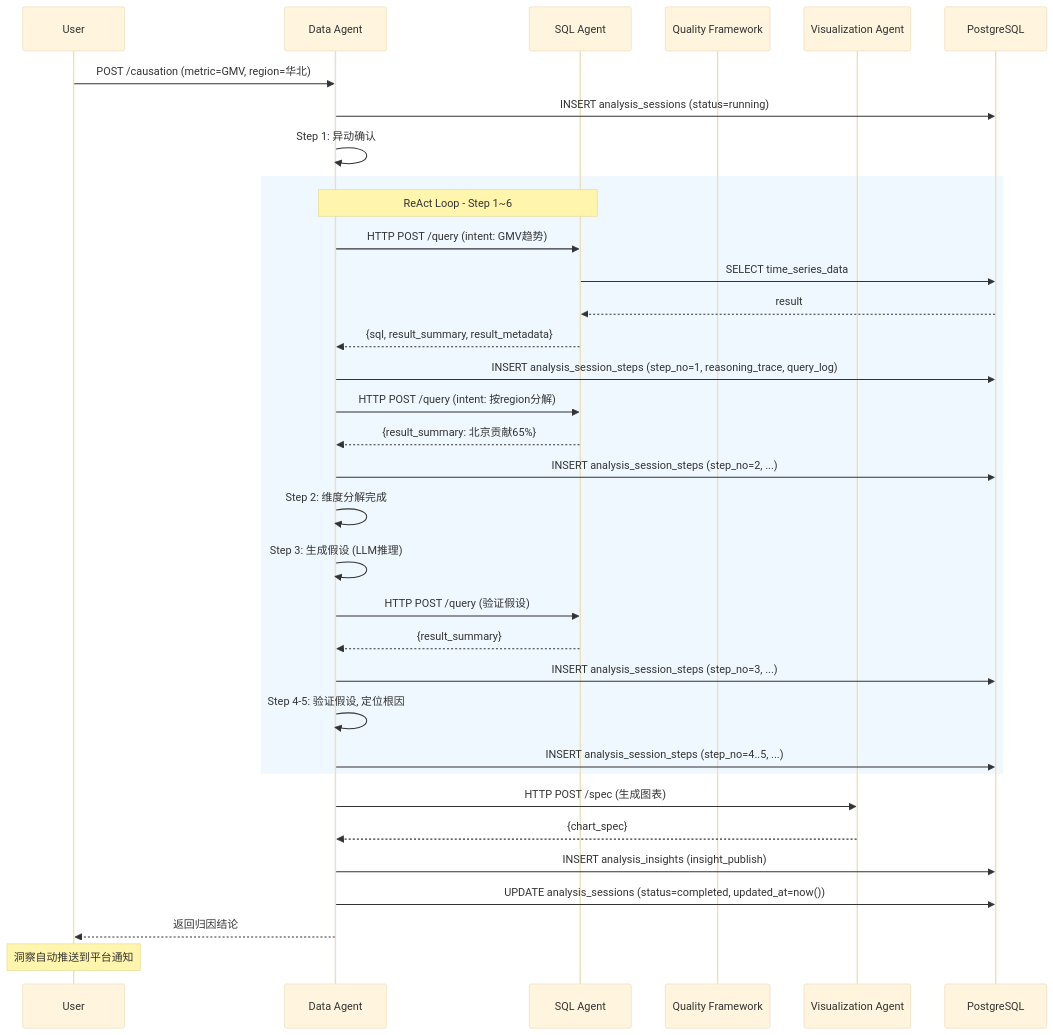
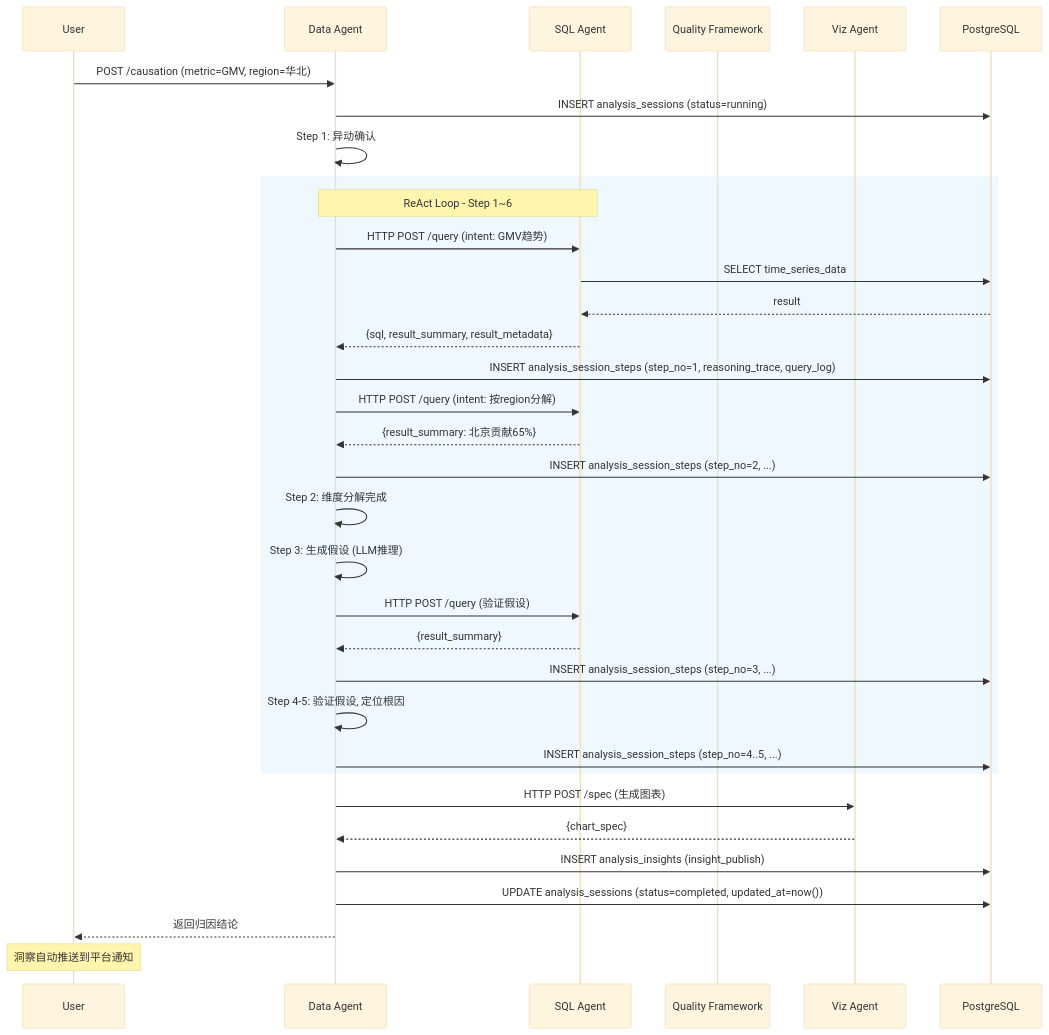
The second of 2 diagrams in docs/specs/28-data-agent-spec.md (Forrest219/mulan-bi-platform), drawn with Mermaid (base theme) before and after one commit. The commit also changed other lines of this file and 153 other files, not shown here.

````diff
--- a/docs/specs/28-data-agent-spec.md
+++ b/docs/specs/28-data-agent-spec.md
@@ -1146,42 +1146,42 @@
 ```mermaid
 sequenceDiagram
     participant U as User
     participant DA as Data Agent
     participant SA as SQL Agent
     participant QM as Quality Framework
-    participant VA as Visualization Agent
+    participant VA as Viz Agent
     participant DB as PostgreSQL
 
     U->>DA: POST /causation (metric=GMV, region=华北)
     DA->>DB: INSERT analysis_sessions (status=running)
     DA->>DA: Step 1: 异动确认
 
     rect rgb(240, 248, 255)
         Note over DA,SA: ReAct Loop - Step 1~6
         DA->>SA: HTTP POST /query (intent: GMV趋势)
         SA->>DB: SELECT time_series_data
         DB-->>SA: result
         SA-->>DA: {sql, result_summary, result_metadata}
         DA->>DB: INSERT analysis_session_steps (step_no=1, reasoning_trace, query_log)
 
         DA->>SA: HTTP POST /query (intent: 按region分解)
         SA-->>DA: {result_summary: 北京贡献65%}
         DA->>DB: INSERT analysis_session_steps (step_no=2, ...)
         DA->>DA: Step 2: 维度分解完成
 
         DA->>DA: Step 3: 生成假设 (LLM推理)
         DA->>SA: HTTP POST /query (验证假设)
         SA-->>DA: {result_summary}
         DA->>DB: INSERT analysis_session_steps (step_no=3, ...)
         DA->>DA: Step 4-5: 验证假设, 定位根因
         DA->>DB: INSERT analysis_session_steps (step_no=4..5, ...)
     end
 
     DA->>VA: HTTP POST /spec (生成图表)
     VA-->>DA: {chart_spec}
     DA->>DB: INSERT analysis_insights (insight_publish)
     DA->>DB: UPDATE analysis_sessions (status=completed, updated_at=now())
     DA-->>U: 返回归因结论
 
     Note over U: 洞察自动推送到平台通知
 ```
````
